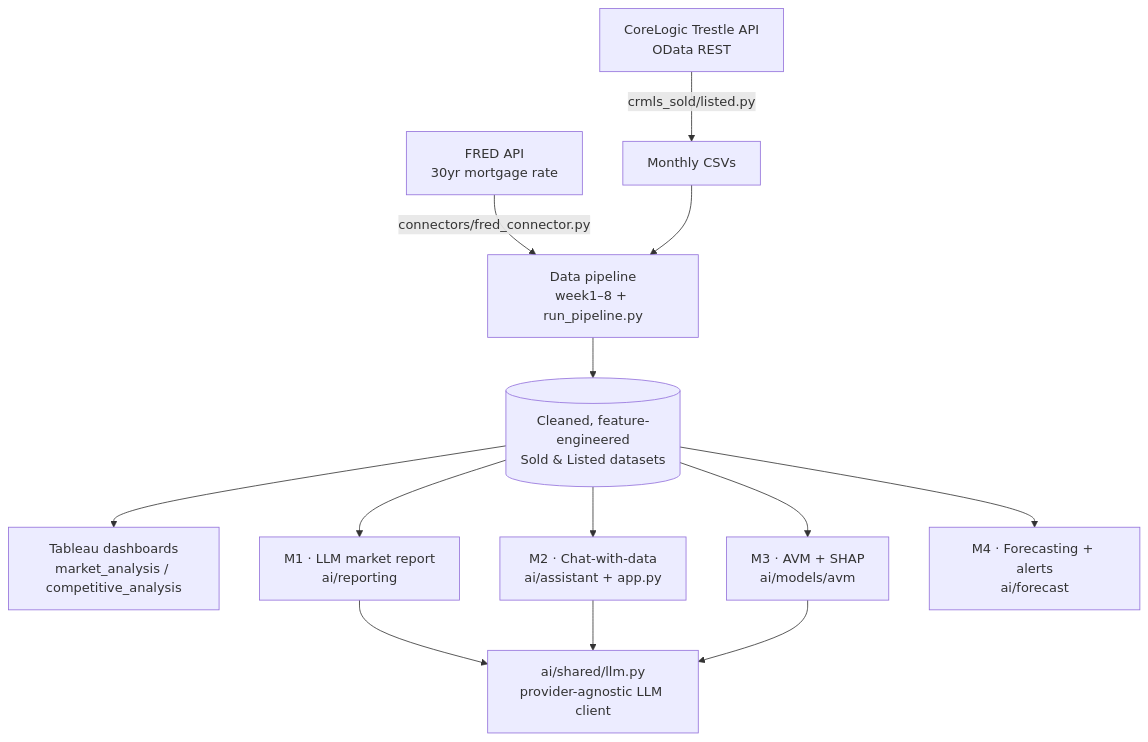
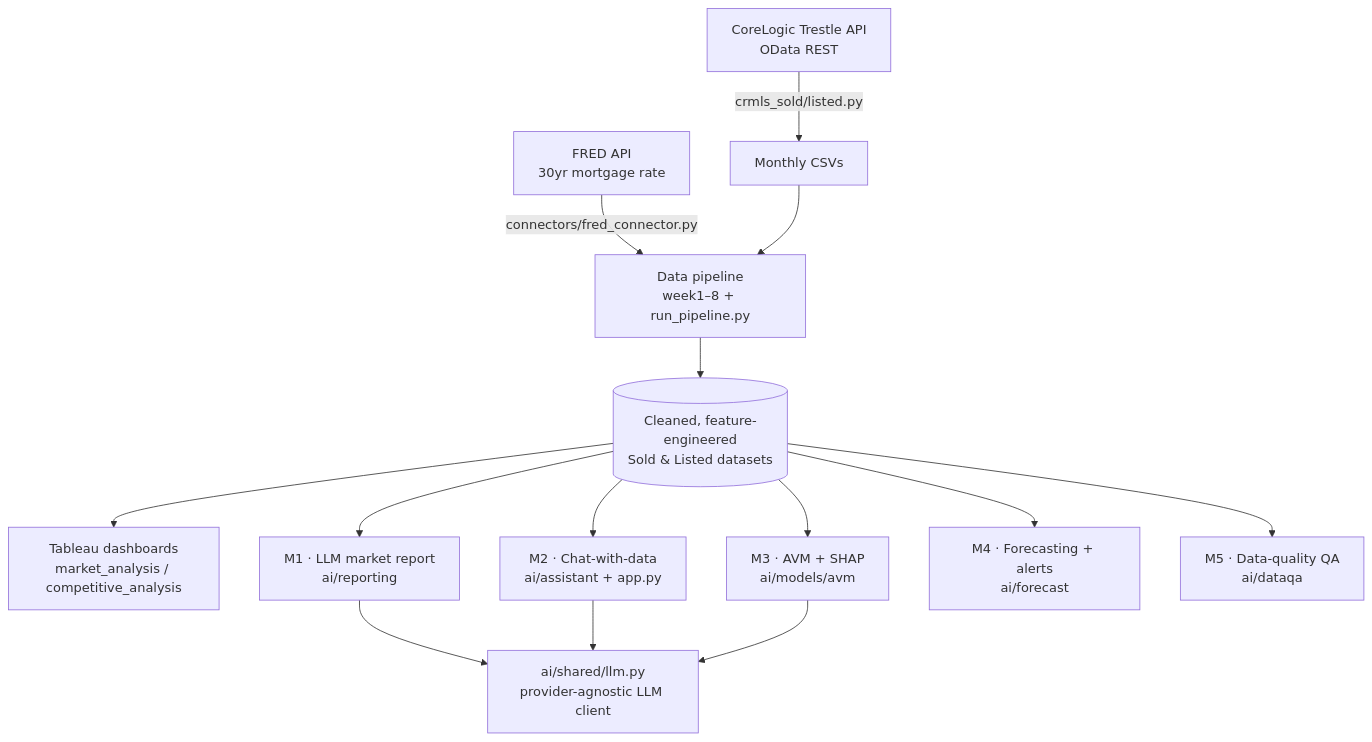
Before and after one commit to keeeeeeeee921/idxexchange_da: the diagram in README.md, drawn with Mermaid. The commit also changed other lines of this file, not shown here.

Commit message:
Docs: add M5 data-quality agent to README

````diff
--- a/README.md
+++ b/README.md
@@ -23,13 +23,14 @@
 ```mermaid
 flowchart TD
     A[CoreLogic Trestle API<br/>OData REST] -->|crmls_sold/listed.py| B[Monthly CSVs]
     F[FRED API<br/>30yr mortgage rate] -->|connectors/fred_connector.py| C
     B --> C[Data pipeline<br/>week1–8 + run_pipeline.py]
     C --> D[(Cleaned, feature-engineered<br/>Sold & Listed datasets)]
     D --> E[Tableau dashboards<br/>market_analysis / competitive_analysis]
     D --> G[M1 · LLM market report<br/>ai/reporting]
     D --> H[M2 · Chat-with-data<br/>ai/assistant + app.py]
     D --> I[M3 · AVM + SHAP<br/>ai/models/avm]
     D --> K[M4 · Forecasting + alerts<br/>ai/forecast]
+    D --> L[M5 · Data-quality QA<br/>ai/dataqa]
     G & H & I --> J[ai/shared/llm.py<br/>provider-agnostic LLM client]
 ```
````
